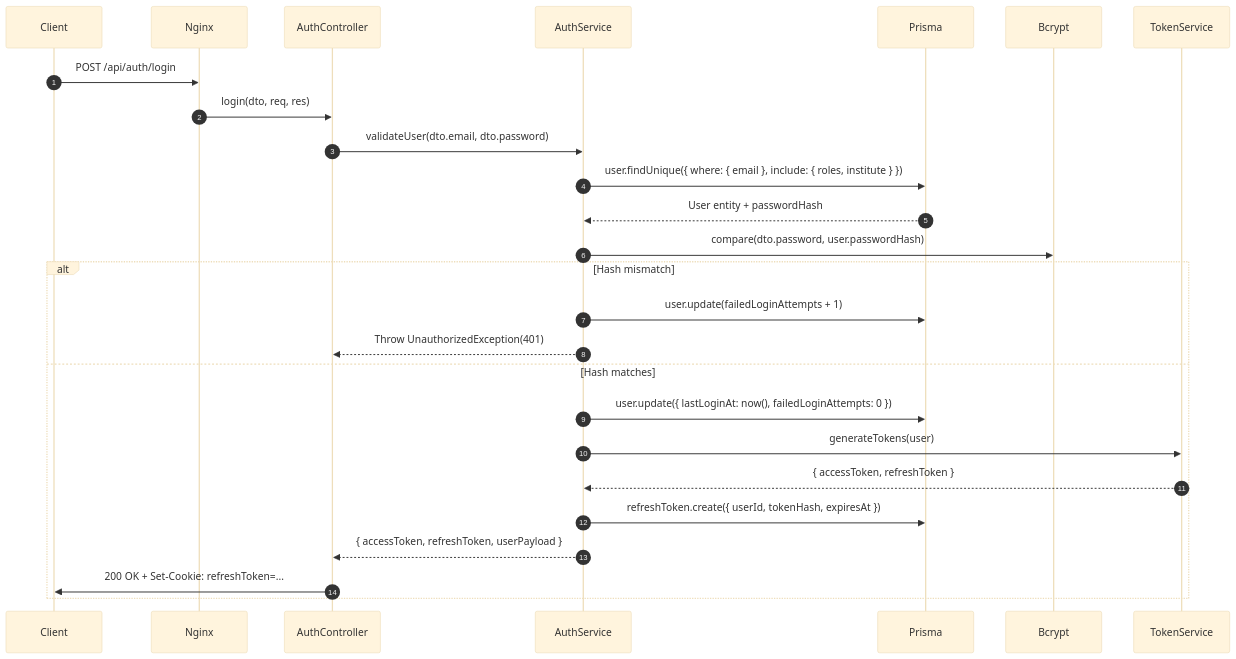
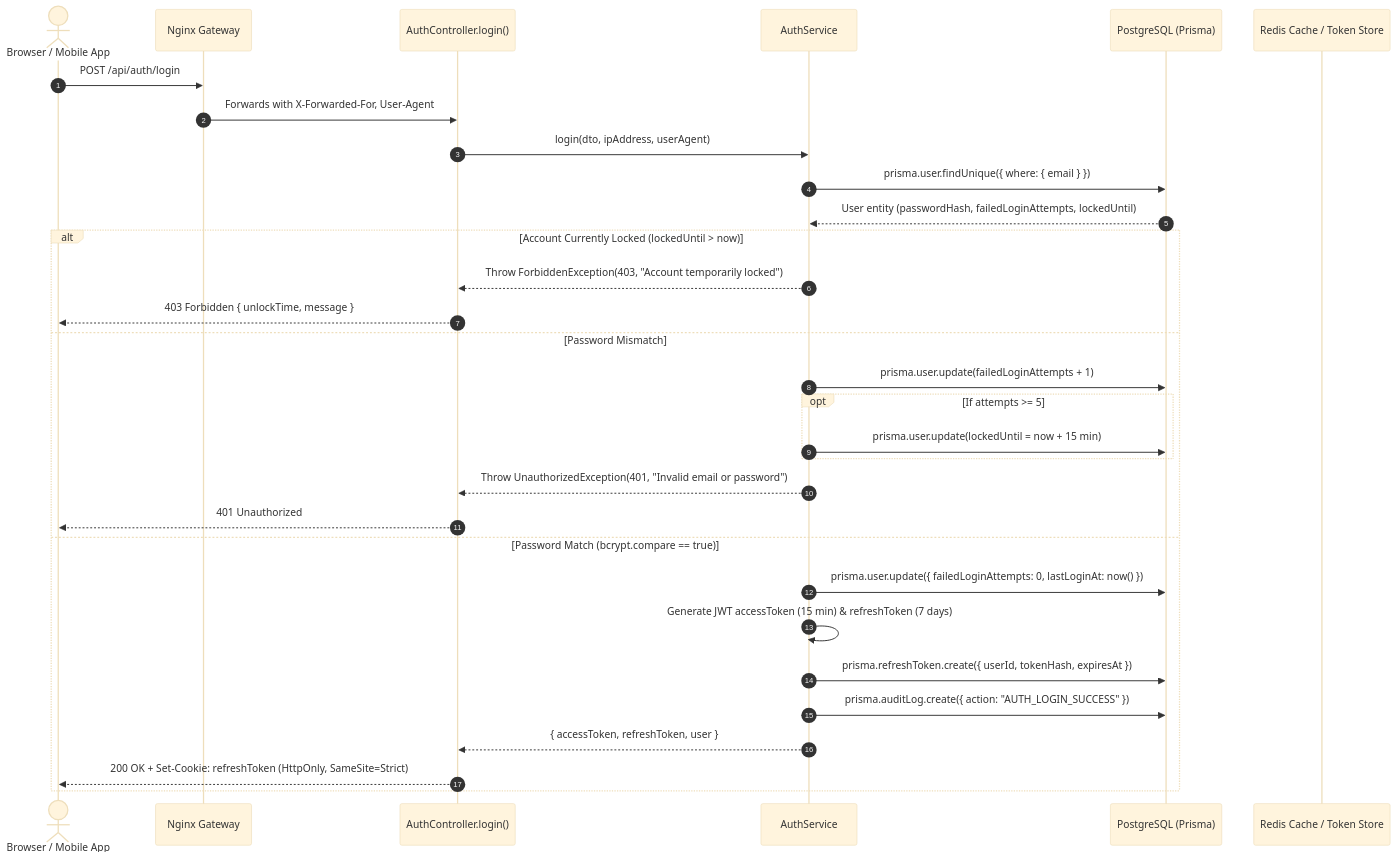
One commit to airaaa07/jubilant-lamp changed the first of 3 diagrams in flow/01_auth_and_access_control/END_TO_END_ACTION_PROCESSES.md. Above: the diagram before and after it, drawn with Mermaid (base theme). The commit also changed other lines of this file and 8 other files, not shown here.

````diff
--- a/flow/01_auth_and_access_control/END_TO_END_ACTION_PROCESSES.md
+++ b/flow/01_auth_and_access_control/END_TO_END_ACTION_PROCESSES.md
@@ -9,21 +36,36 @@
 ```mermaid
 sequenceDiagram
     autonumber
+    actor Client as Browser / Mobile App
+    participant Nginx as Nginx Gateway
+    participant Ctrl as AuthController.login()
+    participant Service as AuthService
+    participant DB as PostgreSQL (Prisma)
+    participant Redis as Redis Cache / Token Store
+
     Client->>Nginx: POST /api/auth/login
-    Nginx->>AuthController: login(dto, req, res)
-    AuthController->>AuthService: validateUser(dto.email, dto.password)
-    AuthService->>Prisma: user.findUnique({ where: { email }, include: { roles, institute } })
-    Prisma-->>AuthService: User entity + passwordHash
-    AuthService->>Bcrypt: compare(dto.password, user.passwordHash)
-    alt Hash mismatch
-        AuthService->>Prisma: user.update(failedLoginAttempts + 1)
-        AuthService-->>AuthController: Throw UnauthorizedException(401)
-    else Hash matches
-        AuthService->>Prisma: user.update({ lastLoginAt: now(), failedLoginAttempts: 0 })
-        AuthService->>TokenService: generateTokens(user)
-        TokenService-->>AuthService: { accessToken, refreshToken }
-        AuthService->>Prisma: refreshToken.create({ userId, tokenHash, expiresAt })
-        AuthService-->>AuthController: { accessToken, refreshToken, userPayload }
-        AuthController->>Client: 200 OK + Set-Cookie: refreshToken=...
+    Nginx->>Ctrl: Forwards with X-Forwarded-For, User-Agent
+    Ctrl->>Service: login(dto, ipAddress, userAgent)
+    
+    Service->>DB: prisma.user.findUnique({ where: { email } })
+    DB-->>Service: User entity (passwordHash, failedLoginAttempts, lockedUntil)
+    
+    alt Account Currently Locked (lockedUntil > now)
+        Service-->>Ctrl: Throw ForbiddenException(403, "Account temporarily locked")
+        Ctrl-->>Client: 403 Forbidden { unlockTime, message }
+    else Password Mismatch
+        Service->>DB: prisma.user.update(failedLoginAttempts + 1)
+        opt If attempts >= 5
+            Service->>DB: prisma.user.update(lockedUntil = now + 15 min)
+        end
+        Service-->>Ctrl: Throw UnauthorizedException(401, "Invalid email or password")
+        Ctrl-->>Client: 401 Unauthorized
+    else Password Match (bcrypt.compare == true)
+        Service->>DB: prisma.user.update({ failedLoginAttempts: 0, lastLoginAt: now() })
+        Service->>Service: Generate JWT accessToken (15 min) & refreshToken (7 days)
+        Service->>DB: prisma.refreshToken.create({ userId, tokenHash, expiresAt })
+        Service->>DB: prisma.auditLog.create({ action: "AUTH_LOGIN_SUCCESS" })
+        Service-->>Ctrl: { accessToken, refreshToken, user }
+        Ctrl-->>Client: 200 OK + Set-Cookie: refreshToken (HttpOnly, SameSite=Strict)
     end
 ```
````
